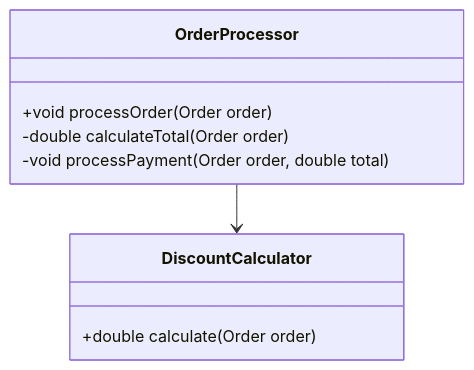
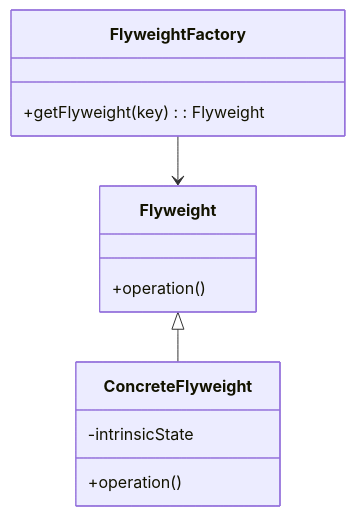
One commit to MasteryEducation/SoftwarePatternsLexicon.com changed the diagram in content/patterns-java/2/2/index.md. Above: the diagram before and after it, drawn with Mermaid. The commit also changed other lines of this file and 883 other files, not shown here.

````diff
--- a/content/patterns-java/2/2/index.md
+++ b/content/patterns-java/2/2/index.md
@@ -223,12 +101,15 @@
 ```mermaid
 classDiagram
-    class OrderProcessor {
-        +void processOrder(Order order)
-        -double calculateTotal(Order order)
-        -void processPayment(Order order, double total)
+    class Flyweight {
+        +operation()
     }
-    class DiscountCalculator {
-        +double calculate(Order order)
+    class ConcreteFlyweight {
+        -intrinsicState
+        +operation()
     }
-    OrderProcessor --> DiscountCalculator
+    class FlyweightFactory {
+        +getFlyweight(key): Flyweight
+    }
+    Flyweight <|-- ConcreteFlyweight
+    FlyweightFactory --> Flyweight
 ```
````
